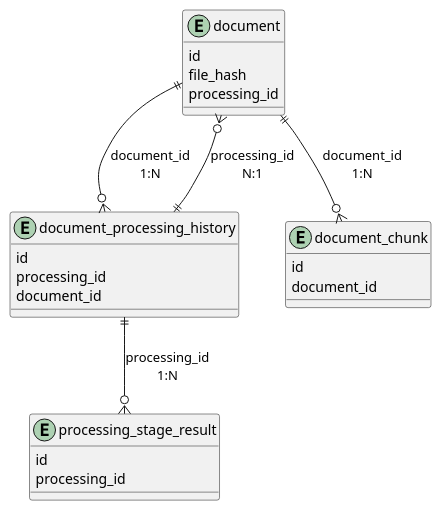
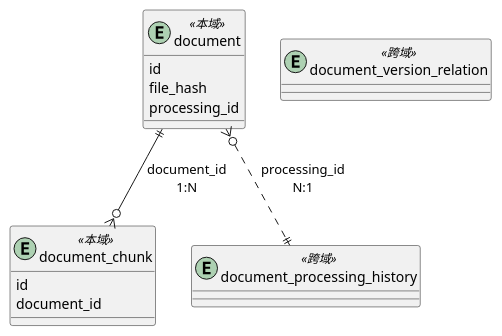
Before and after one commit to JazGung/knowlebase: the second of 2 diagrams in 文档管理/2.design.md, drawn with PlantUML. The commit also changed other lines of this file and 9 other files, not shown here.

````diff
--- a/文档管理/2.design.md
+++ b/文档管理/2.design.md
@@ -279,30 +190,32 @@
-```plantuml
+```puml
 @startuml
-entity document {
+skinparam entity {
+  BackgroundColor<<本域>> #5B9BD5
+  FontColor<<本域>> white
+  StereotypeFontColor<<本域>> white
+  BackgroundColor<<跨域>> #73AE42
+  FontColor<<跨域>> white
+  StereotypeFontColor<<跨域>> white
+}
+
+entity document <<本域>> {
     id
     file_hash
     processing_id
 }
 
-entity document_processing_history {
-    id
-    processing_id
-    document_id
-}
-
-entity processing_stage_result {
-    id
-    processing_id
-}
-
-entity document_chunk {
+entity document_chunk <<本域>> {
     id
     document_id
 }
 
-document ||--o{ document_processing_history : "document_id\n1:N"
-document_processing_history ||--o{ processing_stage_result : "processing_id\n1:N"
-document }o--|| document_processing_history : "processing_id\nN:1"
+entity "document_version_relation" as doc_ver_rel <<跨域>> {
+}
+
+entity "document_processing_history" as proc_history <<跨域>> {
+}
+
 document ||--o{ document_chunk : "document_id\n1:N"
+document }o..|| proc_history : "processing_id\nN:1"
 @enduml
 ```
````
